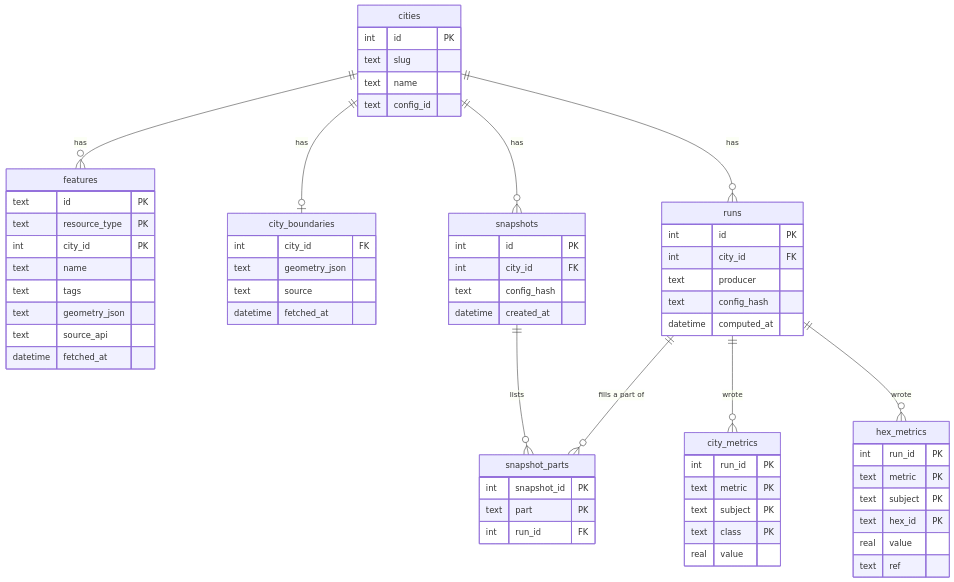
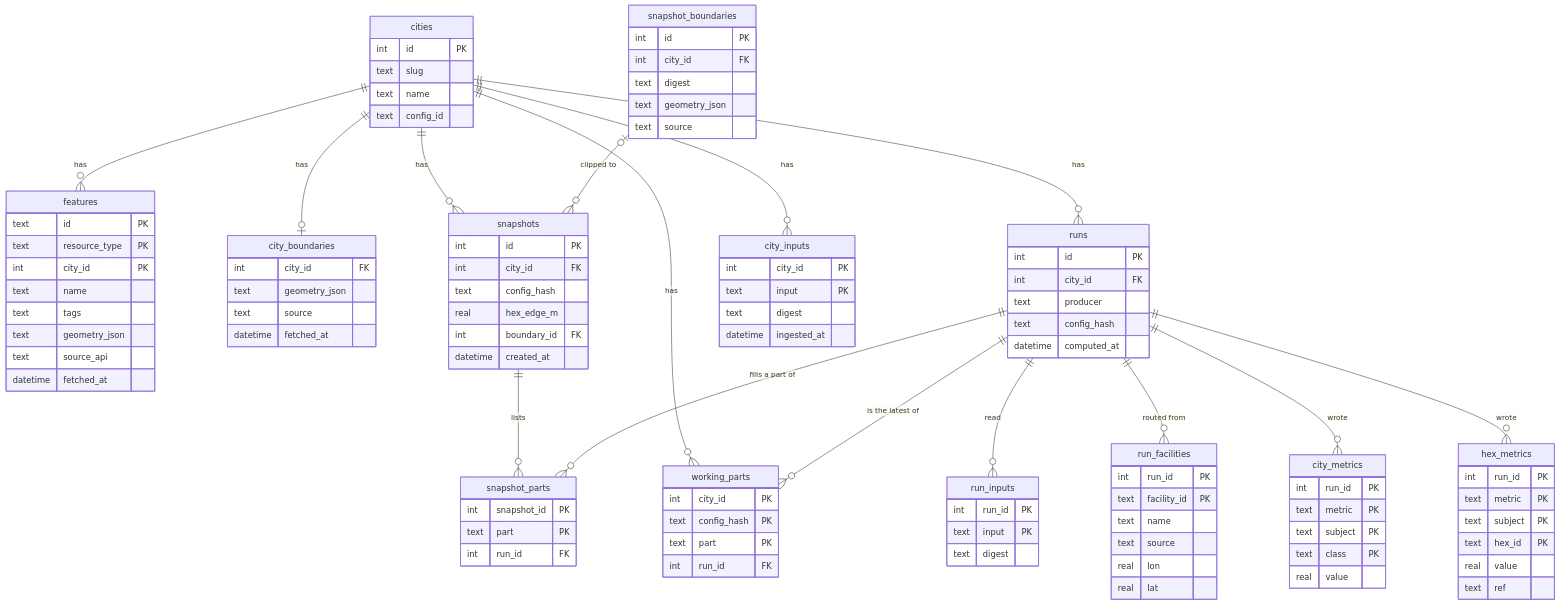
One commit to jcrussell/solvent-streets changed the third of 3 diagrams in docs/architecture.md. Above: the diagram before and after it, drawn with Mermaid. The commit also changed other lines of this file and 27 other files, not shown here.

First line of the commit message:
feat(db)!: record what each run read and freeze boundary and hex edge on snapshots; schema generation 5 (solvent-streets-we5i)

```diff
--- a/docs/architecture.md
+++ b/docs/architecture.md
@@ -149,9 +162,15 @@
     cities ||--o| city_boundaries : has
     cities ||--o{ runs : has
     cities ||--o{ snapshots : has
+    cities ||--o{ city_inputs : has
+    cities ||--o{ working_parts : has
 
     snapshots ||--o{ snapshot_parts : lists
+    snapshot_boundaries |o--o{ snapshots : "clipped to"
     runs ||--o{ snapshot_parts : "fills a part of"
+    runs ||--o{ working_parts : "is the latest of"
+    runs ||--o{ run_inputs : read
+    runs ||--o{ run_facilities : "routed from"
     runs ||--o{ city_metrics : wrote
     runs ||--o{ hex_metrics : wrote
 
@@ -177,6 +196,12 @@
         text source_api
         datetime fetched_at
     }
+    city_inputs {
+        int city_id PK
+        text input PK
+        text digest
+        datetime ingested_at
+    }
     runs {
         int id PK
         int city_id FK
@@ -184,11 +209,39 @@
         text config_hash
         datetime computed_at
     }
+    run_inputs {
+        int run_id PK
+        text input PK
+        text digest
+    }
+    run_facilities {
+        int run_id PK
+        text facility_id PK
+        text name
+        text source
+        real lon
+        real lat
+    }
+    working_parts {
+        int city_id PK
+        text config_hash PK
+        text part PK
+        int run_id FK
+    }
     snapshots {
         int id PK
         int city_id FK
         text config_hash
+        real hex_edge_m
+        int boundary_id FK
         datetime created_at
+    }
+    snapshot_boundaries {
+        int id PK
+        int city_id FK
+        text digest
+        text geometry_json
+        text source
     }
     snapshot_parts {
         int snapshot_id PK
```
